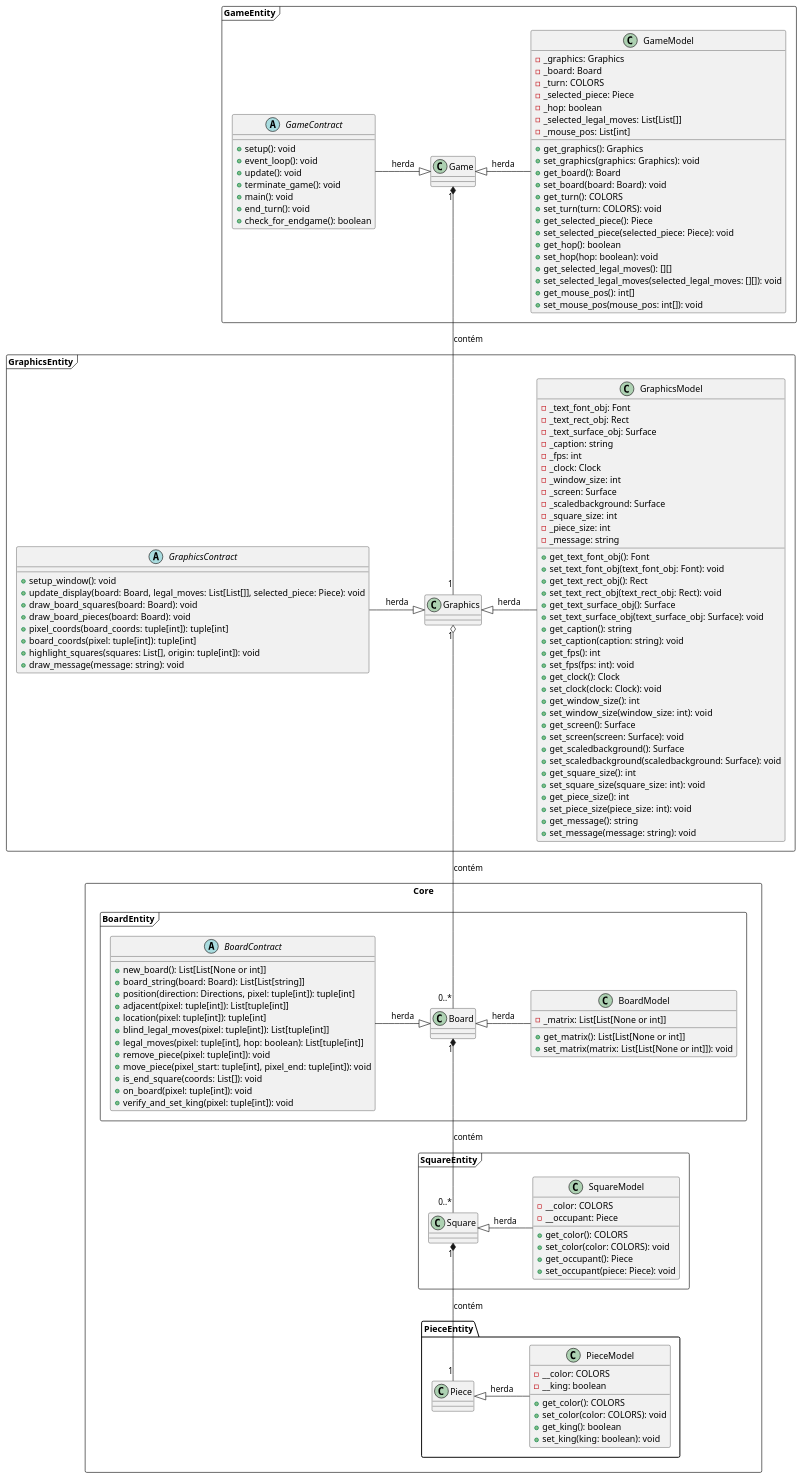
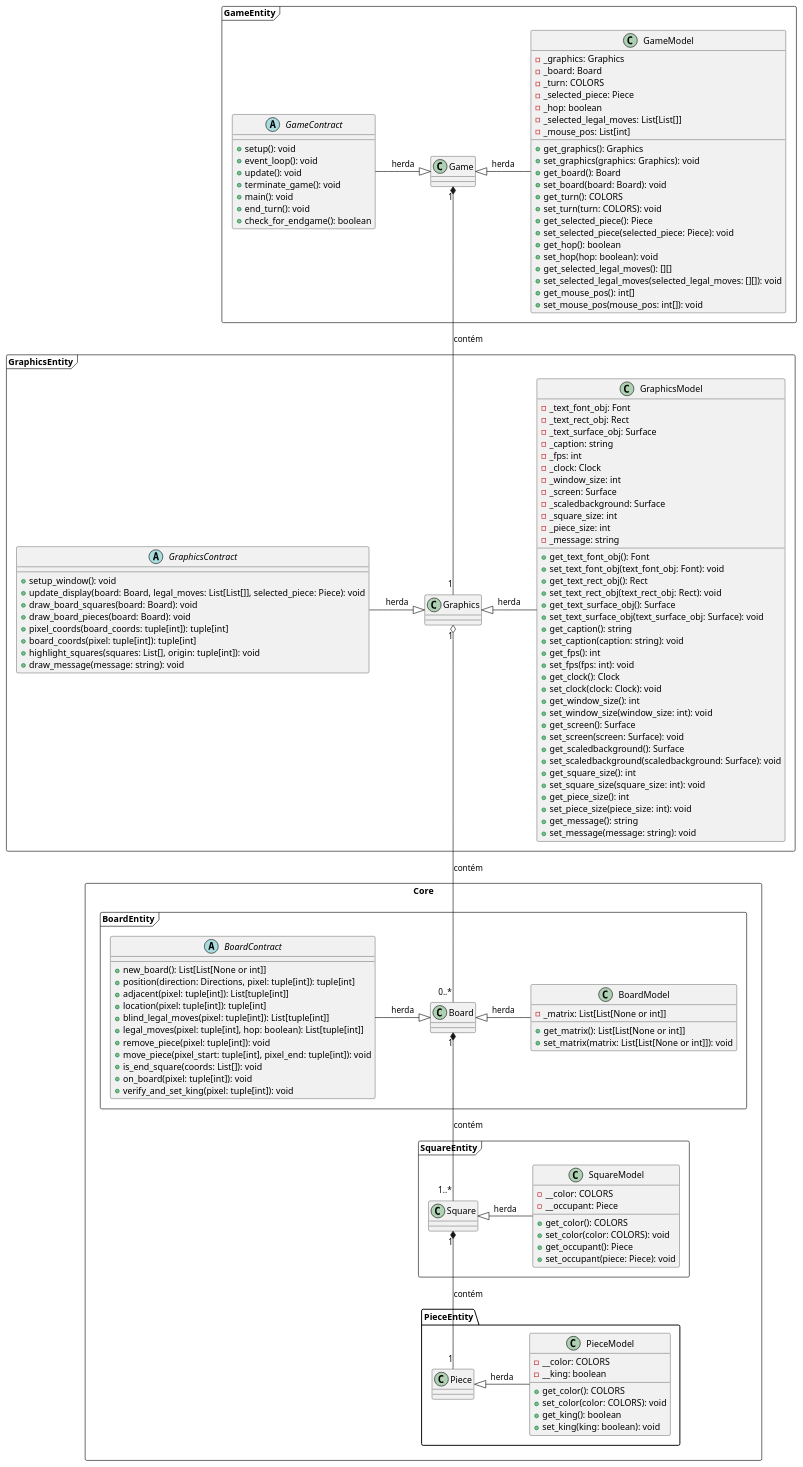
Before and after one commit to victorfjansen/python-chessgame: the diagram in .puml, drawn with PlantUML. The commit also changed 4 other files, not shown here.

```diff
--- a/.puml
+++ b/.puml
@@ -1,172 +1,171 @@
 @startuml Checkers
 skinparam groupInheritance 4
 skinparam nodesep 50
 
 package GameEntity <<Frame>> {
     class Game {}
 
     class GameModel {
         - _graphics: Graphics
         - _board: Board
         - _turn: COLORS
         - _selected_piece: Piece
         - _hop: boolean
         - _selected_legal_moves: List[List[]]
         - _mouse_pos: List[int]
         + get_graphics(): Graphics
         + set_graphics(graphics: Graphics): void
         + get_board(): Board
         + set_board(board: Board): void
         + get_turn(): COLORS
         + set_turn(turn: COLORS): void
         + get_selected_piece(): Piece
         + set_selected_piece(selected_piece: Piece): void
         + get_hop(): boolean
         + set_hop(hop: boolean): void
         + get_selected_legal_moves(): [][]
         + set_selected_legal_moves(selected_legal_moves: [][]): void
         + get_mouse_pos(): int[]
         + set_mouse_pos(mouse_pos: int[]): void
     }
 
     abstract class GameContract {
         + setup(): void
         + event_loop(): void
         + update(): void
         + terminate_game(): void
         + main(): void
         + end_turn(): void
         + check_for_endgame(): boolean
     }
 }
 
 package GraphicsEntity <<Frame>> {
     class GraphicsModel {
         - _text_font_obj: Font
         - _text_rect_obj: Rect
         - _text_surface_obj: Surface
         - _caption: string
         - _fps: int
         - _clock: Clock
         - _window_size: int
         - _screen: Surface
         - _scaledbackground: Surface
         - _square_size: int
         - _piece_size: int
         - _message: string
         
         + get_text_font_obj(): Font
         + set_text_font_obj(text_font_obj: Font): void
         + get_text_rect_obj(): Rect
         + set_text_rect_obj(text_rect_obj: Rect): void
         + get_text_surface_obj(): Surface
         + set_text_surface_obj(text_surface_obj: Surface): void
         + get_caption(): string
         + set_caption(caption: string): void
         + get_fps(): int
         + set_fps(fps: int): void
         + get_clock(): Clock
         + set_clock(clock: Clock): void
         + get_window_size(): int
         + set_window_size(window_size: int): void
         + get_screen(): Surface
         + set_screen(screen: Surface): void
         + get_scaledbackground(): Surface
         + set_scaledbackground(scaledbackground: Surface): void
         + get_square_size(): int
         + set_square_size(square_size: int): void
         + get_piece_size(): int
         + set_piece_size(piece_size: int): void
         + get_message(): string
         + set_message(message: string): void
     }
 
     abstract class GraphicsContract {
         + setup_window(): void
         + update_display(board: Board, legal_moves: List[List[]], selected_piece: Piece): void
         + draw_board_squares(board: Board): void
         + draw_board_pieces(board: Board): void
         + pixel_coords(board_coords: tuple[int]): tuple[int]
         + board_coords(pixel: tuple[int]): tuple[int]
         + highlight_squares(squares: List[], origin: tuple[int]): void
         + draw_message(message: string): void
     }
 
     class Graphics {}
 }
 
 package Core <<Rectangle>> {
     package PieceEntity {
     class PieceModel {
         - __color: COLORS
         - __king: boolean
         + get_color(): COLORS
         + set_color(color: COLORS): void
         + get_king(): boolean
         + set_king(king: boolean): void
     }
 
     class Piece{}
 }
 
 package SquareEntity <<Frame>>{
     class SquareModel {
         - __color: COLORS
         - __occupant: Piece
         + get_color(): COLORS
         + set_color(color: COLORS): void
         + get_occupant(): Piece
         + set_occupant(piece: Piece): void
     }
 
     class Square {}
 }
 
 package BoardEntity <<Frame>> {
     class BoardModel {
         - _matrix: List[List[None or int]]
         + get_matrix(): List[List[None or int]]
         + set_matrix(matrix: List[List[None or int]]): void
     }
 
     abstract class BoardContract {
         + new_board(): List[List[None or int]]
-        + board_string(board: Board): List[List[string]]
         + position(direction: Directions, pixel: tuple[int]): tuple[int]
         + adjacent(pixel: tuple[int]): List[tuple[int]]
         + location(pixel: tuple[int]): tuple[int]
         + blind_legal_moves(pixel: tuple[int]): List[tuple[int]]
         + legal_moves(pixel: tuple[int], hop: boolean): List[tuple[int]]
         + remove_piece(pixel: tuple[int]): void
         + move_piece(pixel_start: tuple[int], pixel_end: tuple[int]): void
         + is_end_square(coords: List[]): void
         + on_board(pixel: tuple[int]): void
         + verify_and_set_king(pixel: tuple[int]): void
     }
 
     class Board {}
 }
 }
 
 Board <|-right- BoardModel : herda
 Board <|-left- BoardContract : herda
 
 Game <|-right- GameModel : herda
 Game <|-left- GameContract : herda
 
 Graphics <|-left- GraphicsContract : herda
 Graphics <|-right- GraphicsModel : herda
 
 Piece <|-right- PieceModel : herda
 
 Square <|-right- SquareModel : herda
 
 Square "1" *-- "1" Piece : contém
 
-Board "1" *-- "0..*" Square : contém
+Board "1" *-- "1..*" Square : contém
 
 Graphics "1" o-- "0..*" Board : contém
 
 Game "1" *-- "1" Graphics : contém
 
 @enduml
```
